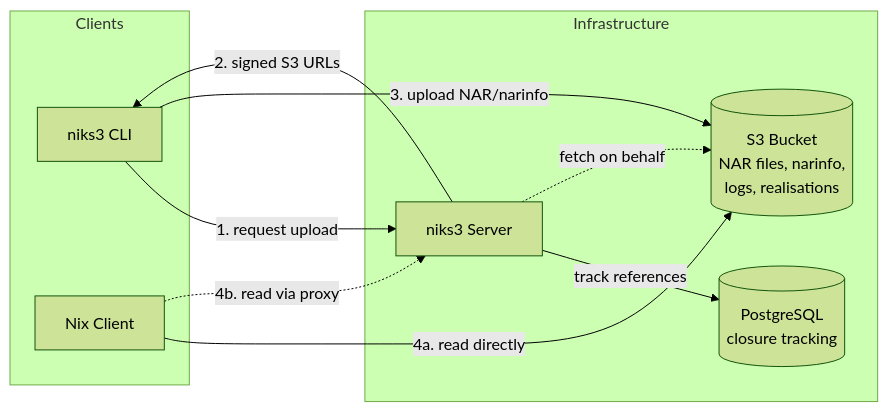
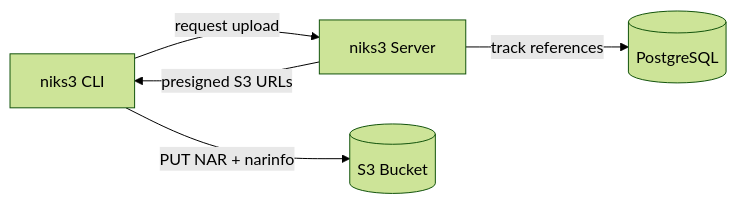
The first of 3 diagrams in README.md (Mic92/niks3), drawn with Mermaid (forest theme) before and after one commit. The commit also changed other lines of this file, not shown here.

Commit message:
README: split architecture diagram into separate write/read/proxy flows
The single diagram with numbered steps (1, 2, 3, 4a, 4b) mixed the
write and read paths, making it hard to follow. Splitting into three
small diagrams—one per data flow—makes each path immediately clear.

````diff
--- a/README.md
+++ b/README.md
@@ -15,21 +17,7 @@
 ```mermaid
 flowchart LR
-    subgraph Clients
-        niks3cli[niks3 CLI]
-        nix[Nix Client]
-    end
-
-    subgraph Infrastructure
-        s3[(S3 Bucket<br/>NAR files, narinfo,<br/>logs, realisations)]
-        niks3[niks3 Server]
-        db[(PostgreSQL<br/>closure tracking)]
-    end
-
-    niks3cli -->|1. request upload| niks3
-    niks3 -->|2. signed S3 URLs| niks3cli
-    niks3cli -->|3. upload NAR/narinfo| s3
-    niks3 -->|track references| db
-    nix -->|4a. read directly| s3
-    nix -.->|4b. read via proxy| niks3
-    niks3 -.->|fetch on behalf| s3
+    niks3cli[niks3 CLI] -->|request upload| niks3[niks3 Server]
+    niks3 -->|presigned S3 URLs| niks3cli
+    niks3cli -->|PUT NAR + narinfo| s3[(S3 Bucket)]
+    niks3 -->|track references| db[(PostgreSQL)]
 ```
````
